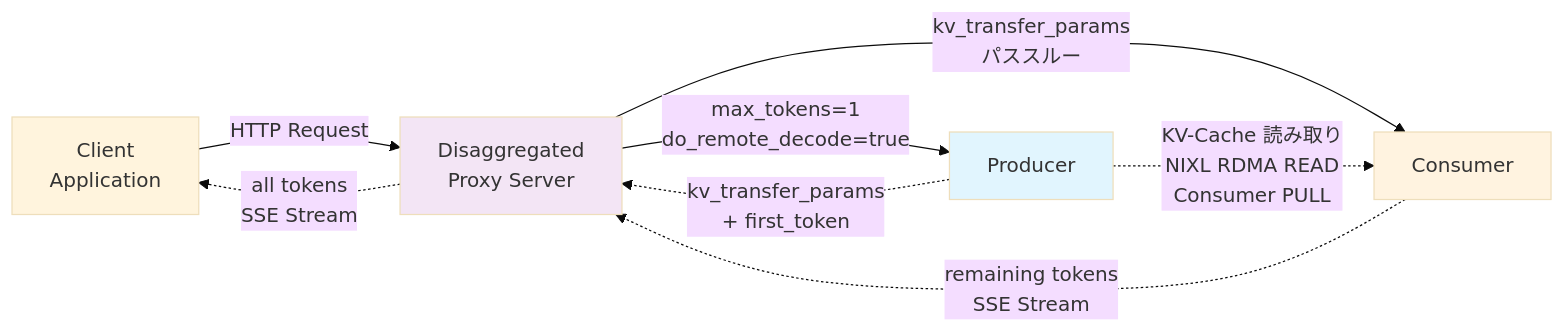
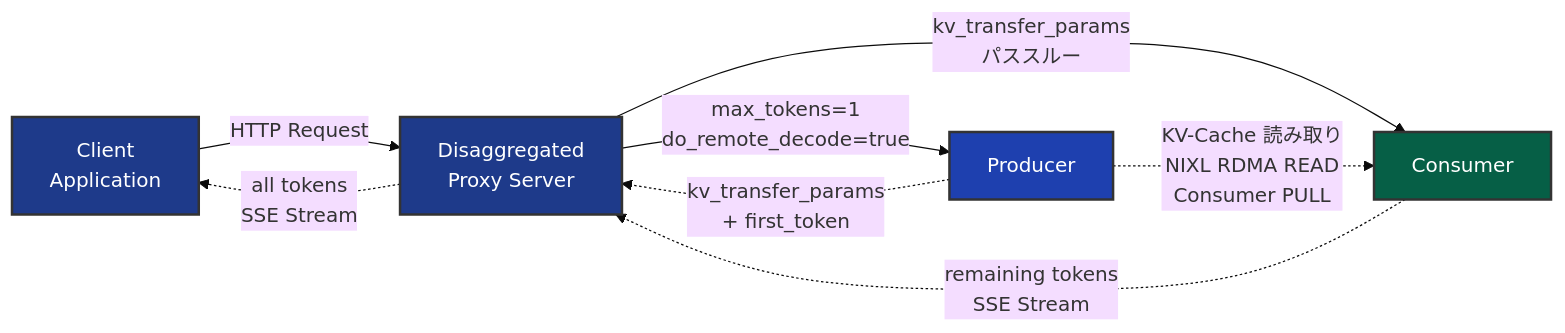
Before and after one commit to littlemex/zenn: the first of 15 diagrams in articles/3dd524130320d3.md, drawn with Mermaid (base theme). The commit also changed other lines of this file, not shown here.

````diff
--- a/articles/3dd524130320d3.md
+++ b/articles/3dd524130320d3.md
@@ -44,14 +44,15 @@
 ```mermaid
 graph LR
     Client[Client<br/>Application] -->|HTTP Request| Proxy[Disaggregated<br/>Proxy Server]
     Proxy -->|"max_tokens=1<br/>do_remote_decode=true"| Prefill[Producer]
     Prefill -.->|"kv_transfer_params<br/>+ first_token"| Proxy
     Proxy -->|"kv_transfer_params<br/>パススルー"| Decode[Consumer]
     Decode -.->|"remaining tokens<br/>SSE Stream"| Proxy
     Proxy -.->|"all tokens<br/>SSE Stream"| Client
     Prefill -.->|"KV-Cache 読み取り<br/>NIXL RDMA READ<br/>Consumer PULL"| Decode
 
-    style Prefill fill: #e1f5fe
-    style Decode fill: #fff3e0
-    style Proxy fill: #f3e5f5
+    style Client fill: #1e3a8a,stroke: #333,stroke-width:2px,color: #fff
+    style Proxy fill: #1e3a8a,stroke: #333,stroke-width:2px,color: #fff
+    style Prefill fill: #1e40af,stroke: #333,stroke-width:2px,color: #fff
+    style Decode fill: #065f46,stroke: #333,stroke-width:2px,color: #fff
 ```
````
